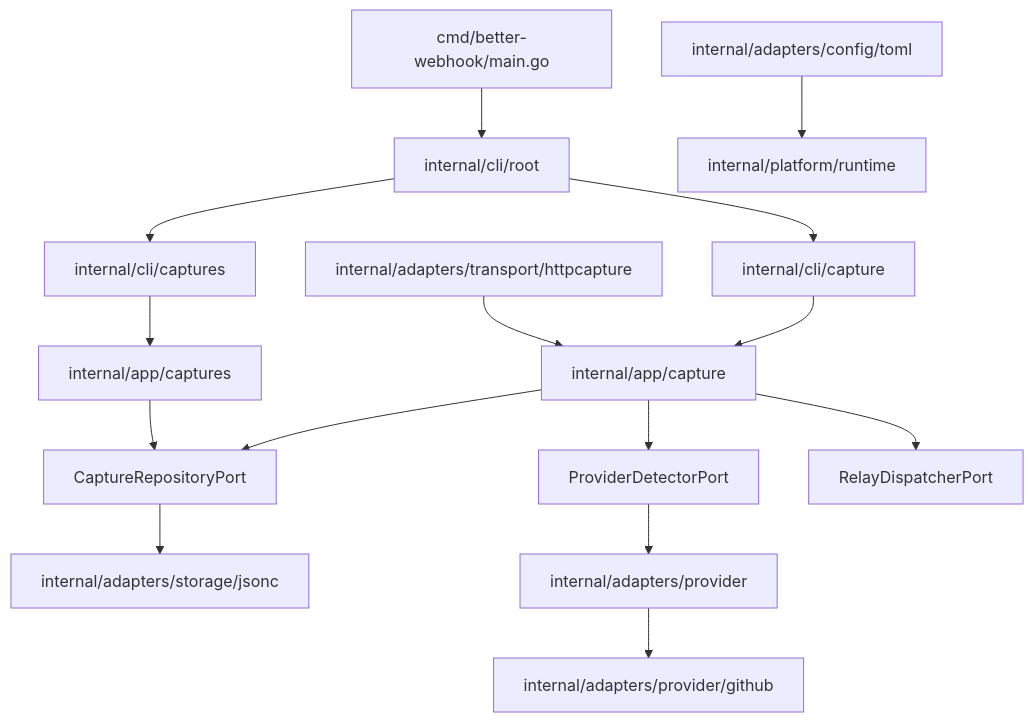
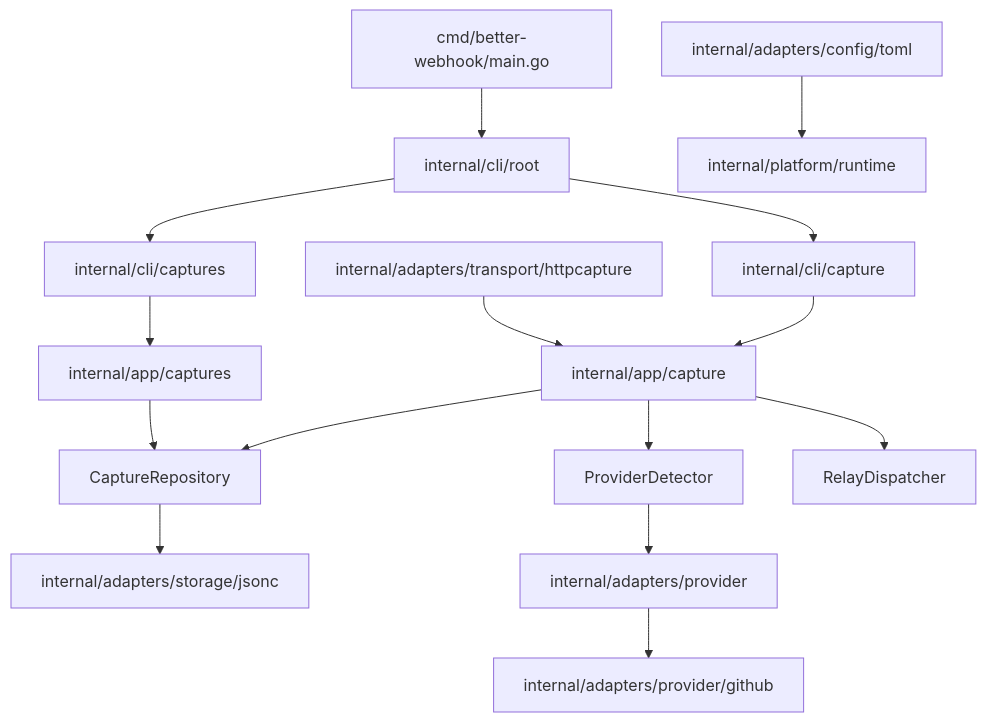
One commit to endalk200/better-webhook changed the diagram in apps/webhook-cli-go/ARCHITECTURE.md. Above: the diagram before and after it, drawn with Mermaid. The commit also changed 25 other files, not shown here.

````diff
--- a/apps/webhook-cli-go/ARCHITECTURE.md
+++ b/apps/webhook-cli-go/ARCHITECTURE.md
@@ -31,21 +31,21 @@
 ```mermaid
 flowchart TD
   mainCmd[cmd/better-webhook/main.go] --> cliRoot[internal/cli/root]
   cliRoot --> cliCapture[internal/cli/capture]
   cliRoot --> cliCaptures[internal/cli/captures]
 
   cliCapture --> appCapture[internal/app/capture]
   cliCaptures --> appCaptures[internal/app/captures]
 
-  appCapture --> repoPort[CaptureRepositoryPort]
-  appCapture --> detectorPort[ProviderDetectorPort]
-  appCapture --> relayPort[RelayDispatcherPort]
+  appCapture --> repoPort[CaptureRepository]
+  appCapture --> detectorPort[ProviderDetector]
+  appCapture --> relayPort[RelayDispatcher]
   appCaptures --> repoPort
 
   repoPort --> jsoncStore[internal/adapters/storage/jsonc]
   detectorPort --> providerRegistry[internal/adapters/provider]
   providerRegistry --> githubDetector[internal/adapters/provider/github]
 
   httpTransport[internal/adapters/transport/httpcapture] --> appCapture
   configAdapter[internal/adapters/config/toml] --> runtimePlatform[internal/platform/runtime]
 ```
````
